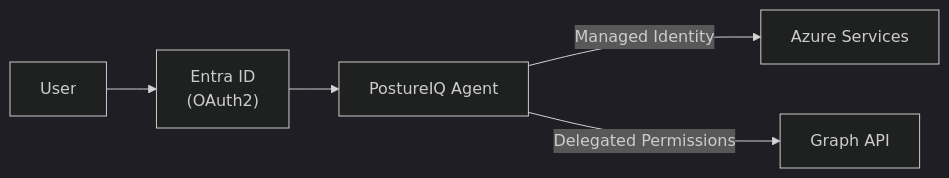
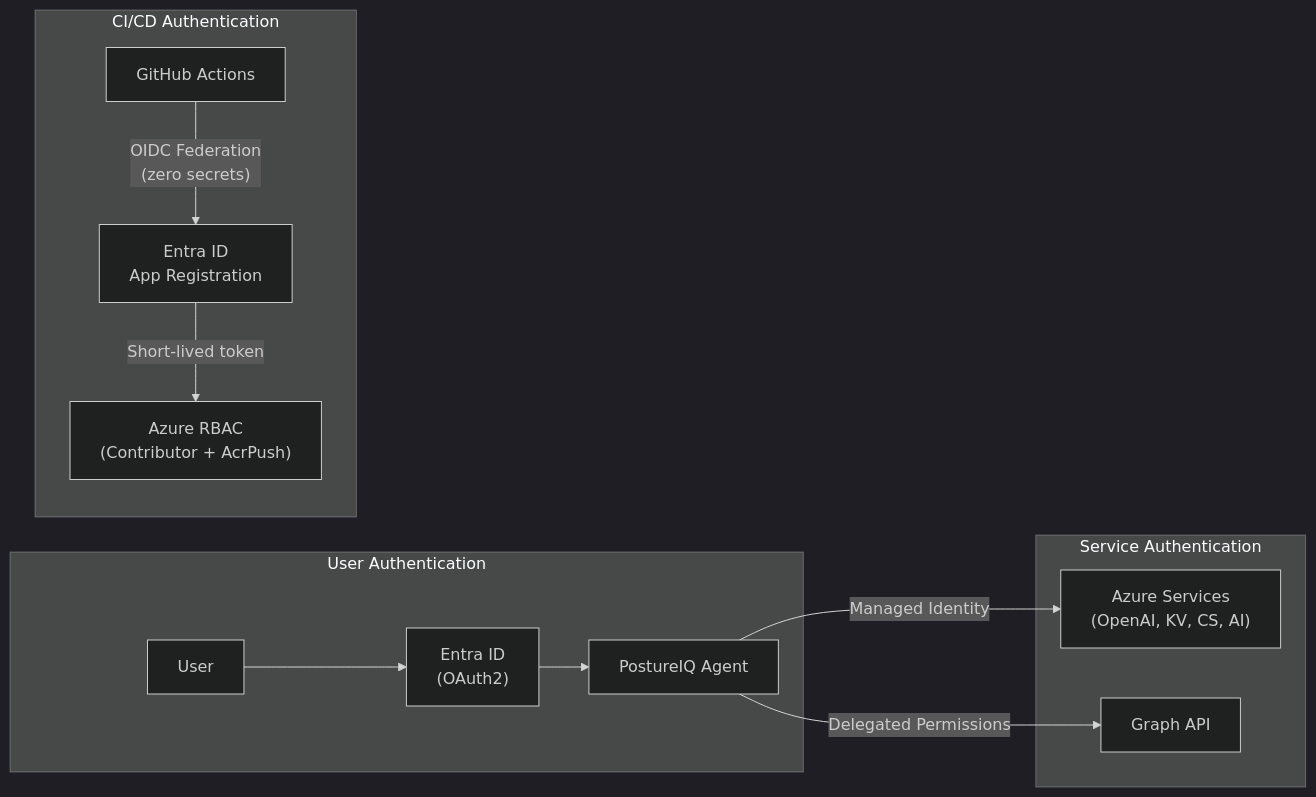
One commit to 9owlsboston/posture-iq changed the third of 3 diagrams in docs/architecture.md. Above: the diagram before and after it, drawn with Mermaid (dark theme). The commit also changed other lines of this file and 27 other files, not shown here.

````diff
--- a/docs/architecture.md
+++ b/docs/architecture.md
@@ -65,7 +76,17 @@
 ```mermaid
 graph LR
-    User --> EntraID["Entra ID<br/>(OAuth2)"]
-    EntraID --> Agent["PostureIQ Agent"]
-    Agent -- "Managed Identity" --> Azure["Azure Services"]
-    Agent -- "Delegated Permissions" --> GraphAPI["Graph API"]
+    subgraph UserAuth["User Authentication"]
+        User --> EntraID["Entra ID<br/>(OAuth2)"]
+        EntraID --> Agent["PostureIQ Agent"]
+    end
+
+    subgraph ServiceAuth["Service Authentication"]
+        Agent -- "Managed Identity" --> Azure["Azure Services<br/>(OpenAI, KV, CS, AI)"]
+        Agent -- "Delegated Permissions" --> GraphAPI["Graph API"]
+    end
+
+    subgraph CICDAuth["CI/CD Authentication"]
+        GitHub["GitHub Actions"] -- "OIDC Federation<br/>(zero secrets)" --> EntraApp["Entra ID<br/>App Registration"]
+        EntraApp -- "Short-lived token" --> AzureRBAC["Azure RBAC<br/>(Contributor + AcrPush)"]
+    end
 ```
````
